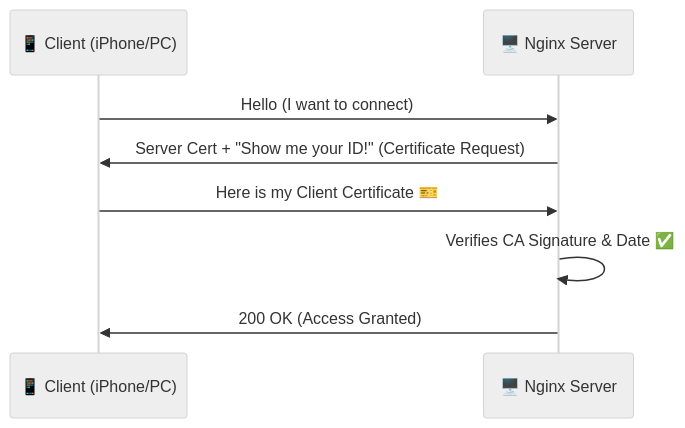
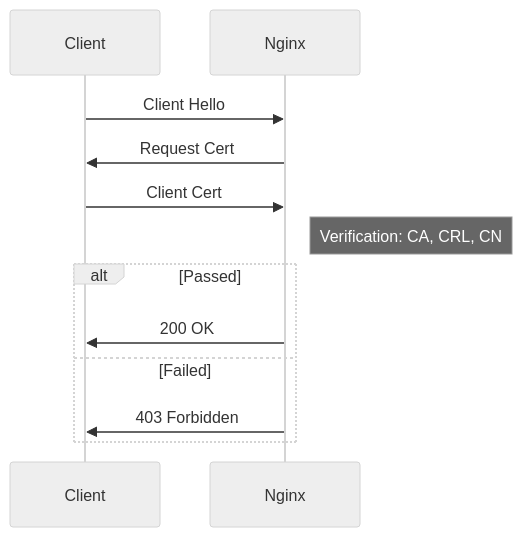
One commit to jmrplens/jmrp.io changed the diagram in src/content/posts/secure-nginx-client-certificates.mdx. Above: the diagram before and after it, drawn with Mermaid (neutral theme). The commit also changed other lines of this file and 4 other files, not shown here.

Commit message:
feat: enhance Nginx mTLS post with diagram, fix CSP and Mermaid config

````diff
--- a/src/content/posts/secure-nginx-client-certificates.mdx
+++ b/src/content/posts/secure-nginx-client-certificates.mdx
@@ -40,11 +40,17 @@
 ```mermaid
 sequenceDiagram
-    participant User as 📱 Client (iPhone/PC)
-    participant Nginx as 🖥️ Nginx Server
+    participant C as Client
+    participant N as Nginx
     
-    User->>Nginx: Hello (I want to connect)
-    Nginx->>User: Server Cert + "Show me your ID!" (Certificate Request)
-    User->>Nginx: Here is my Client Certificate 🎫
-    Nginx->>Nginx: Verifies CA Signature & Date ✅
-    Nginx->>User: 200 OK (Access Granted)
+    C->>N: Client Hello
+    N->>C: Request Cert
+    C->>N: Client Cert
+    
+    Note right of N: Verification: CA, CRL, CN
+    
+    alt Passed
+        N->>C: 200 OK
+    else Failed
+        N->>C: 403 Forbidden
+    end
 ```
````
